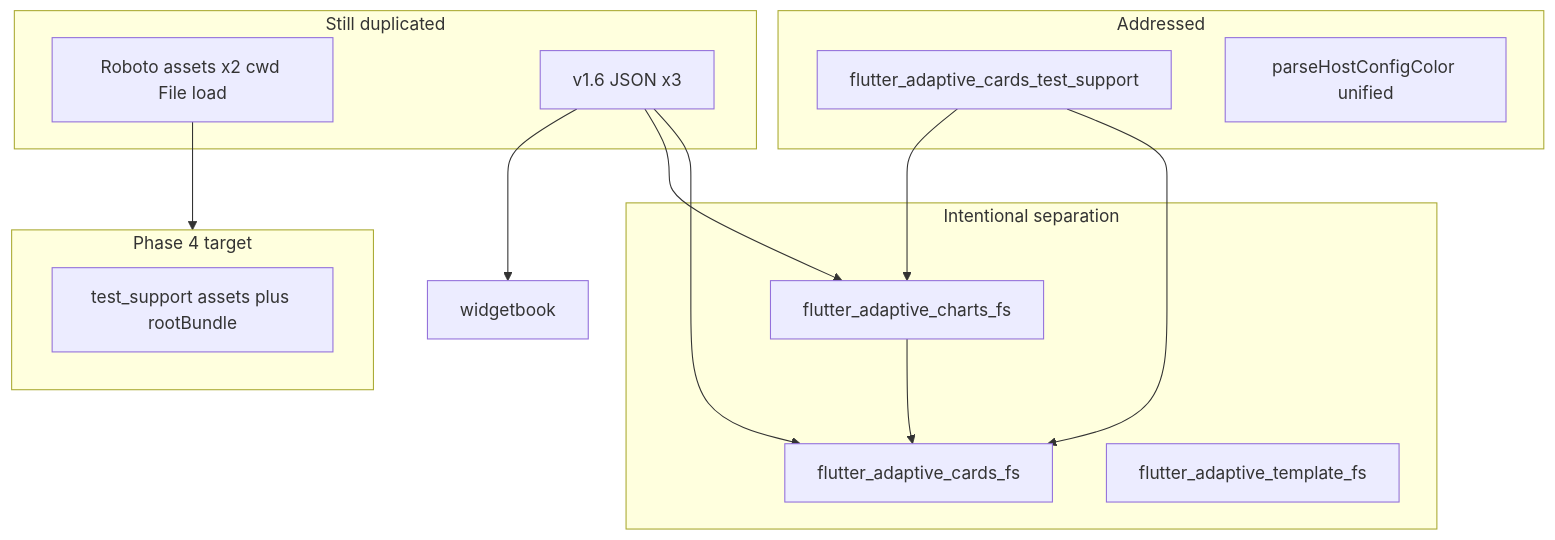
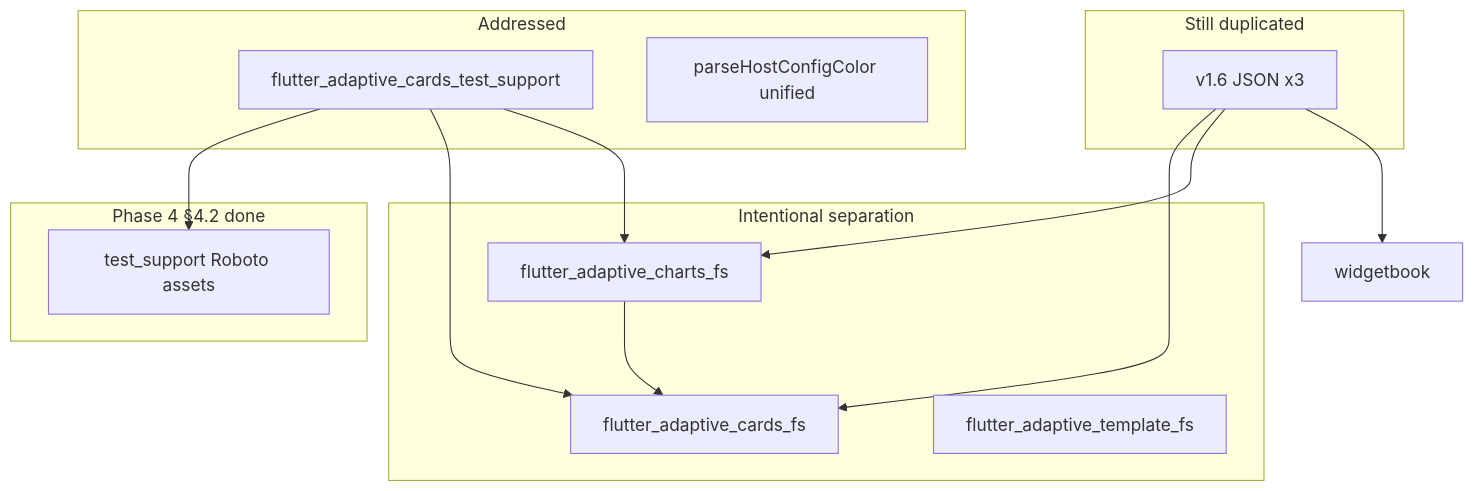
One commit to freemansoft/Flutter-AdaptiveCards changed the diagram in docs/plans/2026-06-07-redundancy_remediation_plan_07c9630f.plan.md. Above: the diagram before and after it, drawn with Mermaid. The commit also changed other lines of this file and 61 other files, not shown here.

First line of the commit message:
Chore/phase4 roboto font consolidation (#27)

````diff
--- a/docs/plans/2026-06-07-redundancy_remediation_plan_07c9630f.plan.md
+++ b/docs/plans/2026-06-07-redundancy_remediation_plan_07c9630f.plan.md
@@ -83,26 +83,25 @@
 ```mermaid
 flowchart TB
   subgraph intentional [Intentional separation]
     cards[flutter_adaptive_cards_fs]
     template[flutter_adaptive_template_fs]
     charts[flutter_adaptive_charts_fs]
   end
   subgraph done [Addressed]
     testSupport[flutter_adaptive_cards_test_support]
     parseColor[parseHostConfigColor unified]
   end
   subgraph remaining [Still duplicated]
-    fonts[Roboto assets x2 cwd File load]
     fixtures[v1.6 JSON x3]
   end
-  subgraph phase4target [Phase 4 target]
-    fontsOnce[test_support assets plus rootBundle]
+  subgraph phase4done [Phase 4 §4.2 done]
+    fontsOnce[test_support Roboto assets]
   end
-  fonts --> phase4target
+  testSupport --> fontsOnce
   testSupport --> cards
   testSupport --> charts
   charts --> cards
   fixtures --> cards
   fixtures --> charts
   fixtures --> widgetbook[widgetbook]
 ```
````
